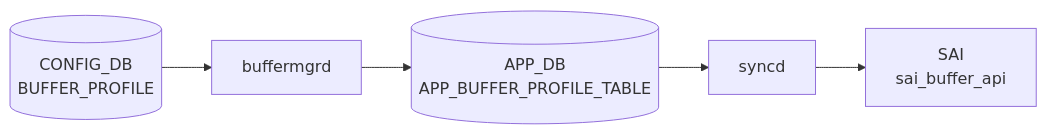
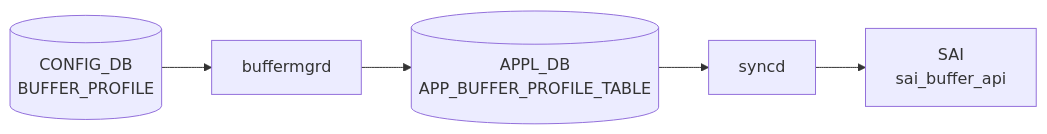
One commit to aoki-taquan/sonic-unofficial-docs changed the diagram in docs/reference/config-db/buffer-profile.md. Above: the diagram before and after it, drawn with Mermaid. The commit also changed 91 other files, not shown here.

First line of the commit message:
fix(review-067): APP_DB→APPL_DB in mermaid labels; exclude APPL_DB pages from auto-gen

````diff
--- a/docs/reference/config-db/buffer-profile.md
+++ b/docs/reference/config-db/buffer-profile.md
@@ -32,12 +32,12 @@
 ```mermaid
 flowchart LR
   CDB[("CONFIG_DB<br/>BUFFER_PROFILE")]
   DM["buffermgrd"]
   CDB --> DM
-  APPDB[("APP_DB<br/>APP_BUFFER_PROFILE_TABLE")]
+  APPDB[("APPL_DB<br/>APP_BUFFER_PROFILE_TABLE")]
   DM --> APPDB
   SYNCD["syncd"]
   APPDB --> SYNCD
   SAI["SAI<br/>sai_buffer_api"]
   SYNCD --> SAI
 ```
````
